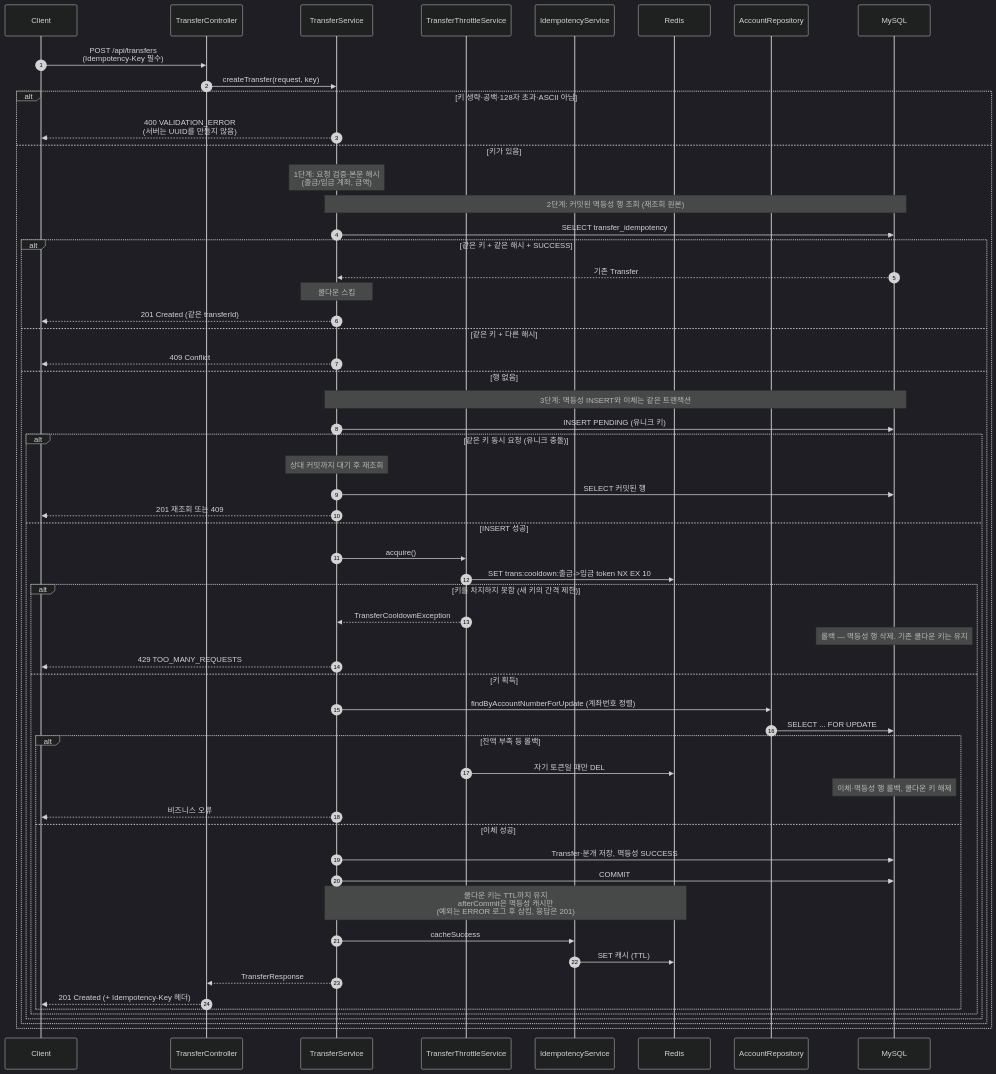
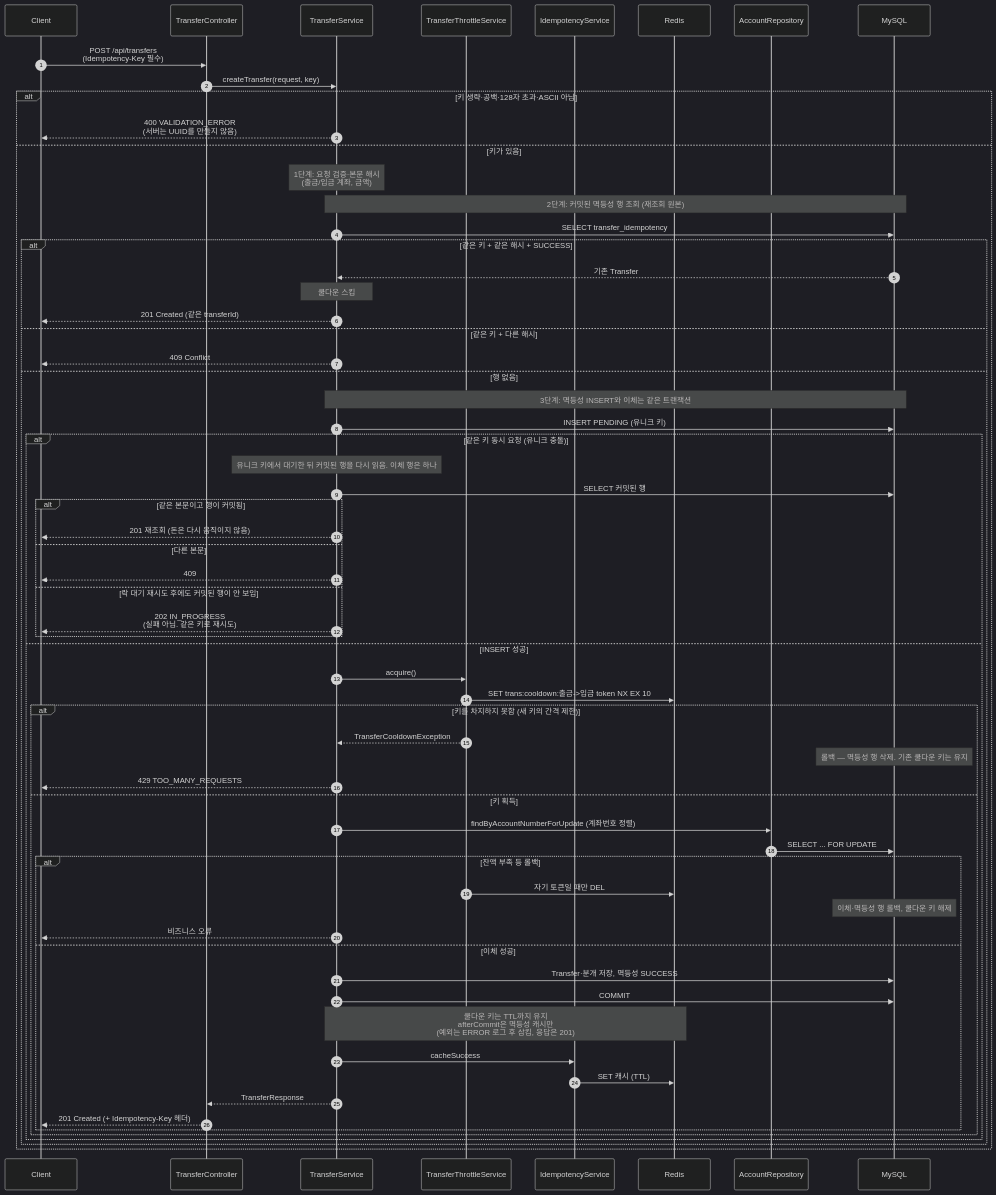
Before and after one commit to Pray-T/BankTransferSys_Backend_Restful: the second of 3 diagrams in README.md, drawn with Mermaid (dark theme). The commit also changed other lines of this file, not shown here.

Commit message:
같은 키로 대기한 요청은 첫 이체가 커밋되기 전에 202 IN_PROGRESS를 받을 수 있습니다. 문서 계약이 클라이언트를 같은 키로 재시도하도록 안내해야 새 키로 두 번째 이체가 시작되지 않습니다.

````diff
--- a/README.md
+++ b/README.md
@@ -289,60 +289,66 @@
 ```mermaid
 sequenceDiagram
     autonumber
     participant C as Client
     participant TC as TransferController
     participant TS as TransferService
     participant TTS as TransferThrottleService
     participant IS as IdempotencyService
     participant Redis as Redis
     participant AR as AccountRepository
     participant MySQL as MySQL
     C->>TC: POST /api/transfers<br/>(Idempotency-Key 필수)
     TC->>TS: createTransfer(request, key)
     alt 키 생략·공백·128자 초과·ASCII 아님
         TS-->>C: 400 VALIDATION_ERROR<br/>(서버는 UUID를 만들지 않음)
     else 키가 있음
         Note over TS: 1단계: 요청 검증·본문 해시<br/>(출금/입금 계좌, 금액)
         Note over TS,MySQL: 2단계: 커밋된 멱등성 행 조회 (재조회 원본)
         TS->>MySQL: SELECT transfer_idempotency
         alt 같은 키 + 같은 해시 + SUCCESS
             MySQL-->>TS: 기존 Transfer
             Note over TS: 쿨다운 스킵
             TS-->>C: 201 Created (같은 transferId)
         else 같은 키 + 다른 해시
             TS-->>C: 409 Conflict
         else 행 없음
             Note over TS,MySQL: 3단계: 멱등성 INSERT와 이체는 같은 트랜잭션
             TS->>MySQL: INSERT PENDING (유니크 키)
             alt 같은 키 동시 요청 (유니크 충돌)
-                Note over TS: 상대 커밋까지 대기 후 재조회
+                Note over TS: 유니크 키에서 대기한 뒤 커밋된 행을 다시 읽음. 이체 행은 하나
                 TS->>MySQL: SELECT 커밋된 행
-                TS-->>C: 201 재조회 또는 409
+                alt 같은 본문이고 행이 커밋됨
+                    TS-->>C: 201 재조회 (돈은 다시 움직이지 않음)
+                else 다른 본문
+                    TS-->>C: 409
+                else 락 대기 재시도 후에도 커밋된 행이 안 보임
+                    TS-->>C: 202 IN_PROGRESS<br/>(실패 아님. 같은 키로 재시도)
+                end
             else INSERT 성공
                 TS->>TTS: acquire()
                 TTS->>Redis: SET trans:cooldown:출금->입금 token NX EX 10
                 alt 키를 차지하지 못함 (새 키의 간격 제한)
                     TTS-->>TS: TransferCooldownException
                     Note over MySQL: 롤백 — 멱등성 행 삭제. 기존 쿨다운 키는 유지
                     TS-->>C: 429 TOO_MANY_REQUESTS
                 else 키 획득
                     TS->>AR: findByAccountNumberForUpdate (계좌번호 정렬)
                     AR->>MySQL: SELECT ... FOR UPDATE
                     alt 잔액 부족 등 롤백
                         TTS->>Redis: 자기 토큰일 때만 DEL
                         Note over MySQL: 이체·멱등성 행 롤백, 쿨다운 키 해제
                         TS-->>C: 비즈니스 오류
                     else 이체 성공
                         TS->>MySQL: Transfer·분개 저장, 멱등성 SUCCESS
                         TS->>MySQL: COMMIT
                         Note over TS,Redis: 쿨다운 키는 TTL까지 유지<br/>afterCommit은 멱등성 캐시만<br/>(예외는 ERROR 로그 후 삼킴, 응답은 201)
                         TS->>IS: cacheSuccess
                         IS->>Redis: SET 캐시 (TTL)
                         TS-->>TC: TransferResponse
                         TC-->>C: 201 Created (+ Idempotency-Key 헤더)
                     end
                 end
             end
         end
     end
 ```
````
